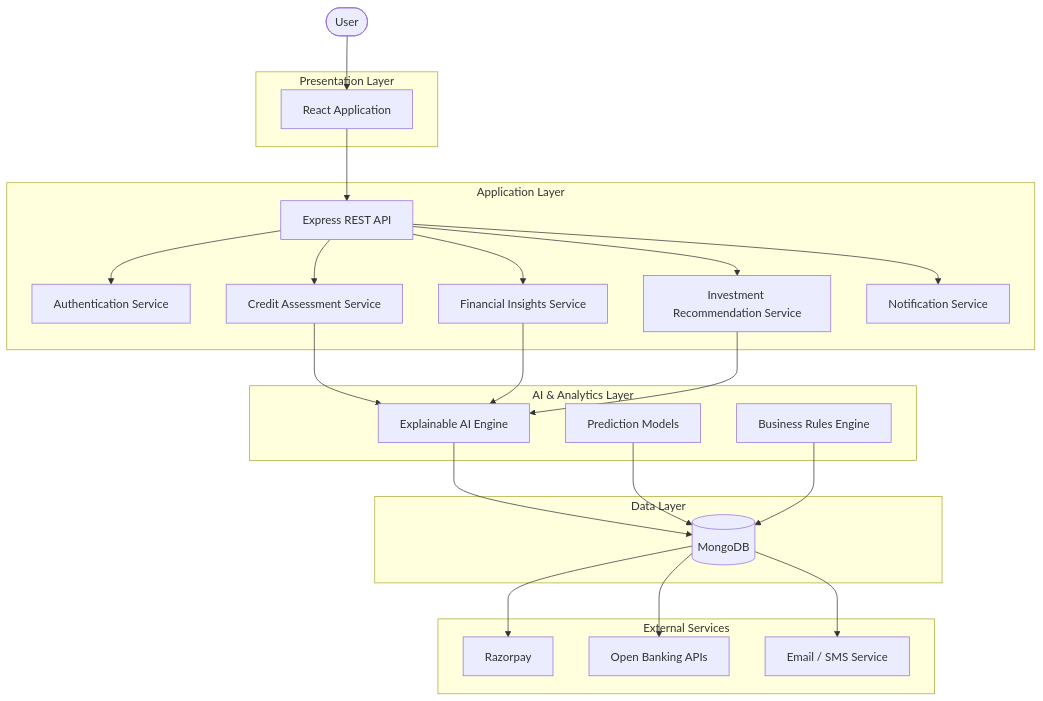
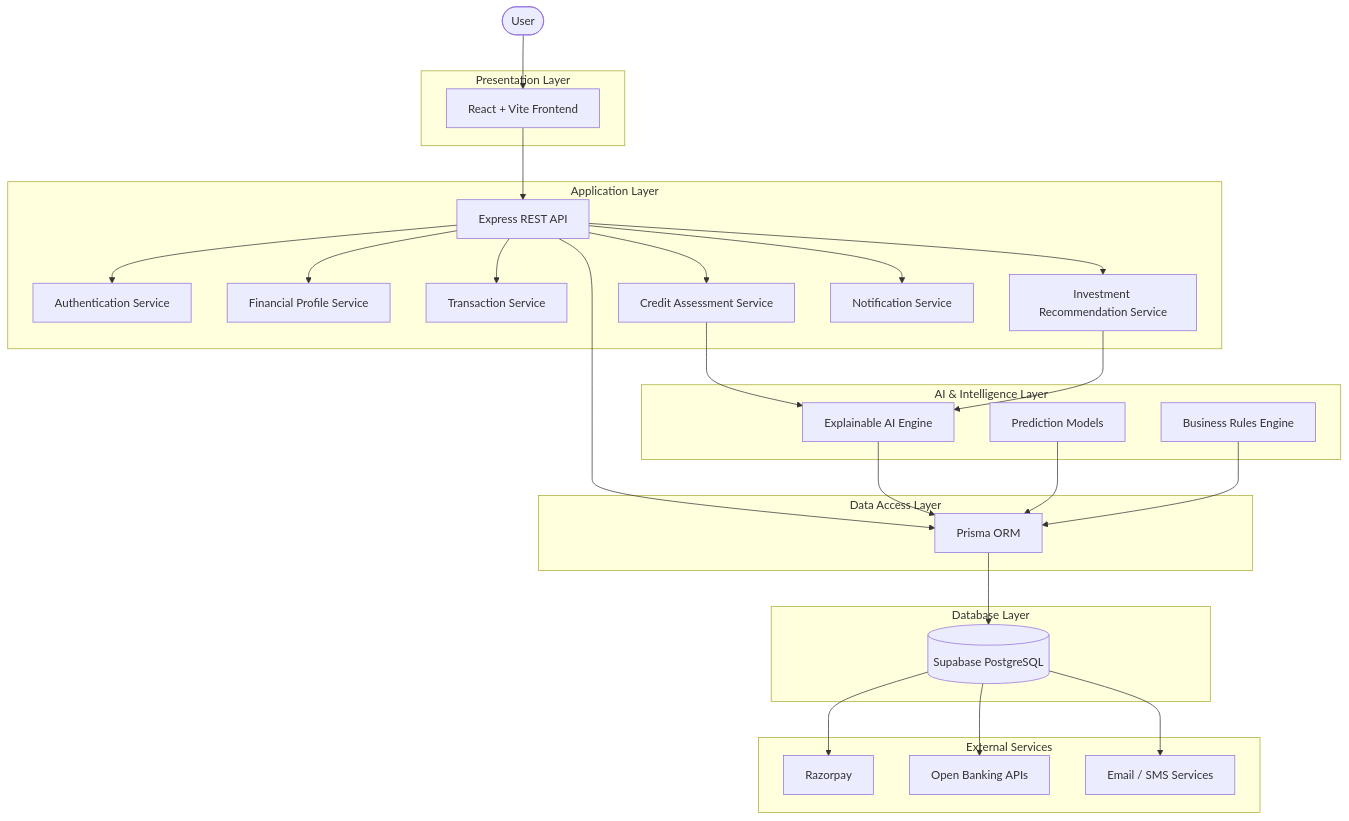
One commit to Hitakshu-Goswami/CreditMiners changed the first of 9 diagrams in README.md. Above: the diagram before and after it, drawn with Mermaid. The commit also changed other lines of this file, not shown here.

Commit message:
updated readme to change mongo db structure to postgres

````diff
--- a/README.md
+++ b/README.md
@@ -328,72 +331,81 @@
     User --> Frontend
 
     subgraph Client["Presentation Layer"]
-        Frontend[React Application]
+
+        Frontend["React + Vite Frontend"]
+
     end
 
     Frontend --> API
 
     subgraph Backend["Application Layer"]
-        API[Express REST API]
 
-        Auth[Authentication Service]
+        API["Express REST API"]
 
-        Credit[Credit Assessment Service]
+        Auth["Authentication Service"]
 
-        Insights[Financial Insights Service]
+        Financial["Financial Profile Service"]
 
-        Invest[Investment Recommendation Service]
+        Transaction["Transaction Service"]
 
-        Notification[Notification Service]
+        Credit["Credit Assessment Service"]
+
+        Investment["Investment Recommendation Service"]
+
+        Notification["Notification Service"]
+
     end
 
     API --> Auth
+    API --> Financial
+    API --> Transaction
     API --> Credit
-    API --> Insights
-    API --> Invest
+    API --> Investment
     API --> Notification
 
     Credit --> AI
+    Investment --> AI
 
-    Insights --> AI
+    subgraph Intelligence["AI & Intelligence Layer"]
 
-    Invest --> AI
+        AI["Explainable AI Engine"]
 
-    subgraph Intelligence["AI & Analytics Layer"]
+        ML["Prediction Models"]
 
-        AI[Explainable AI Engine]
-
-        ML[Prediction Models]
-
-        Rules[Business Rules Engine]
+        Rules["Business Rules Engine"]
 
     end
 
-    AI --> Database
+    API --> Prisma
+    AI --> Prisma
+    ML --> Prisma
+    Rules --> Prisma
 
-    ML --> Database
+    subgraph DataAccess["Data Access Layer"]
 
-    Rules --> Database
+        Prisma["Prisma ORM"]
 
-    subgraph Storage["Data Layer"]
+    end
 
-        Database[(MongoDB)]
+    Prisma --> Database
+
+    subgraph DatabaseLayer["Database Layer"]
+
+        Database[("Supabase PostgreSQL")]
 
     end
 
     Database --> Payments
-
     Database --> Banking
-
     Database --> Email
 
     subgraph External["External Services"]
 
-        Payments[Razorpay]
+        Payments["Razorpay"]
 
-        Banking[Open Banking APIs]
+        Banking["Open Banking APIs"]
 
-        Email[Email / SMS Service]
+        Email["Email / SMS Services"]
 
     end
 ```
````
